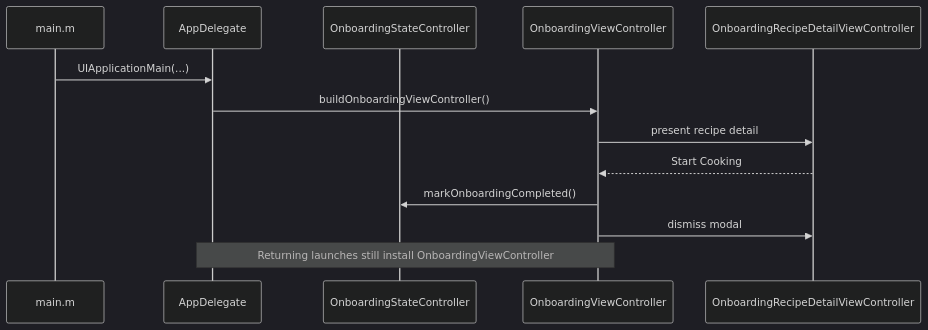
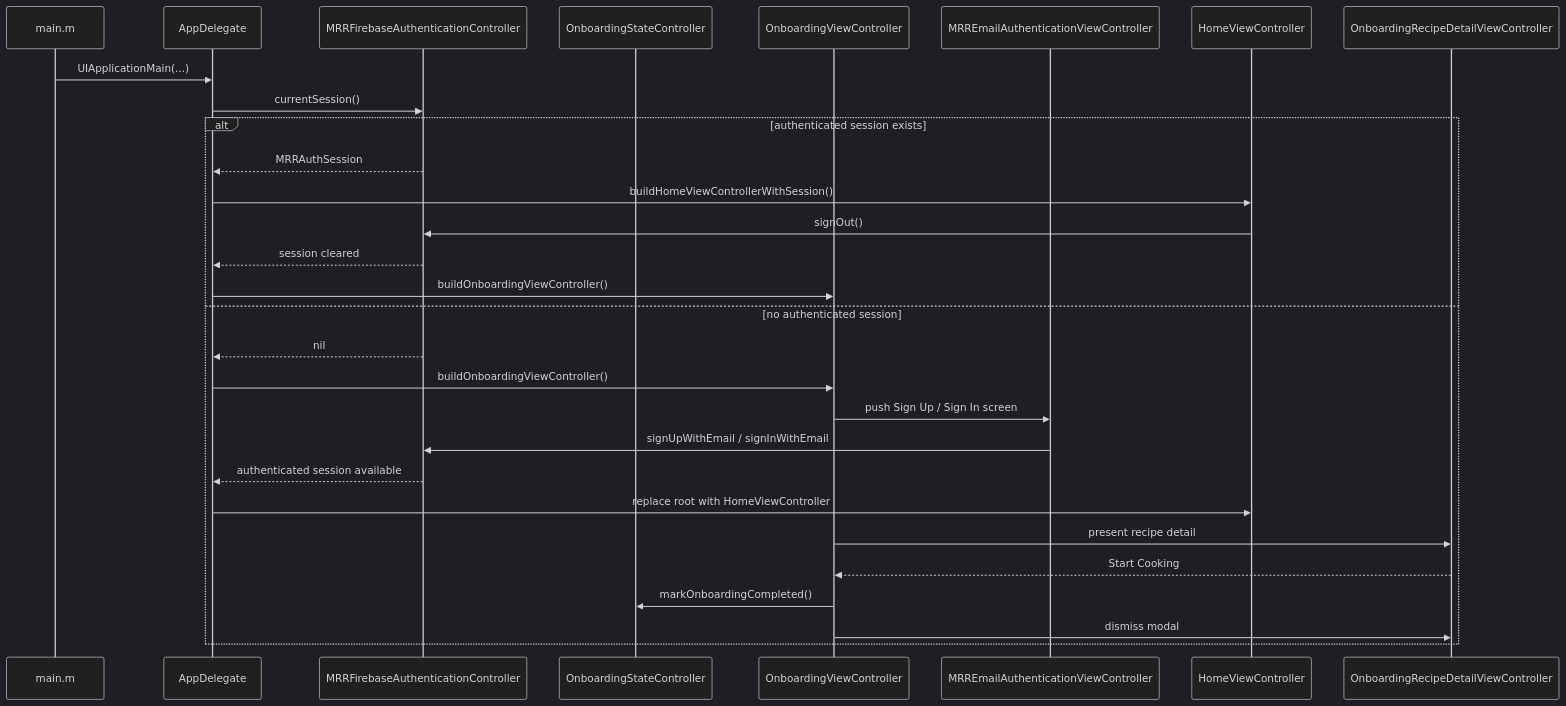
The second of 6 diagrams in ARCHITECTURE.md (bengidev/ios-mrr-experiment), drawn with Mermaid (dark theme) before and after one commit. The commit also changed other lines of this file and 15 other files, not shown here.

````diff
--- a/ARCHITECTURE.md
+++ b/ARCHITECTURE.md
@@ -54,17 +71,32 @@
 ```mermaid
 sequenceDiagram
   participant main as main.m
   participant app as AppDelegate
+  participant auth as MRRFirebaseAuthenticationController
   participant state as OnboardingStateController
   participant onboarding as OnboardingViewController
+  participant email as MRREmailAuthenticationViewController
+  participant home as HomeViewController
   participant detail as OnboardingRecipeDetailViewController
 
   main->>app: UIApplicationMain(...)
-  app->>onboarding: buildOnboardingViewController()
-  onboarding->>detail: present recipe detail
-  detail-->>onboarding: Start Cooking
-  onboarding->>state: markOnboardingCompleted()
-  onboarding->>detail: dismiss modal
-
-  Note over app,onboarding: Returning launches still install OnboardingViewController
+  app->>auth: currentSession()
+  alt authenticated session exists
+    auth-->>app: MRRAuthSession
+    app->>home: buildHomeViewControllerWithSession()
+    home->>auth: signOut()
+    auth-->>app: session cleared
+    app->>onboarding: buildOnboardingViewController()
+  else no authenticated session
+    auth-->>app: nil
+    app->>onboarding: buildOnboardingViewController()
+    onboarding->>email: push Sign Up / Sign In screen
+    email->>auth: signUpWithEmail / signInWithEmail
+    auth-->>app: authenticated session available
+    app->>home: replace root with HomeViewController
+    onboarding->>detail: present recipe detail
+    detail-->>onboarding: Start Cooking
+    onboarding->>state: markOnboardingCompleted()
+    onboarding->>detail: dismiss modal
+  end
 ```
````
